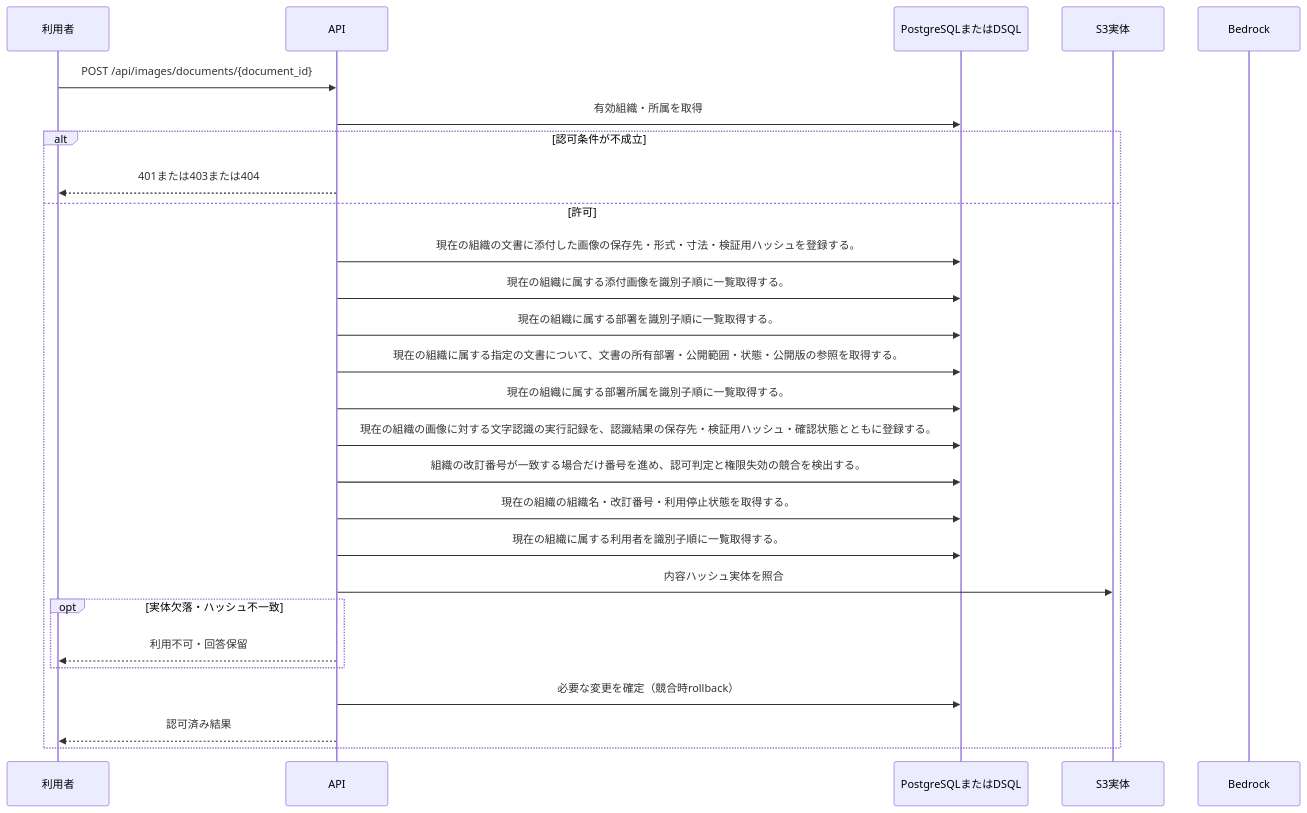
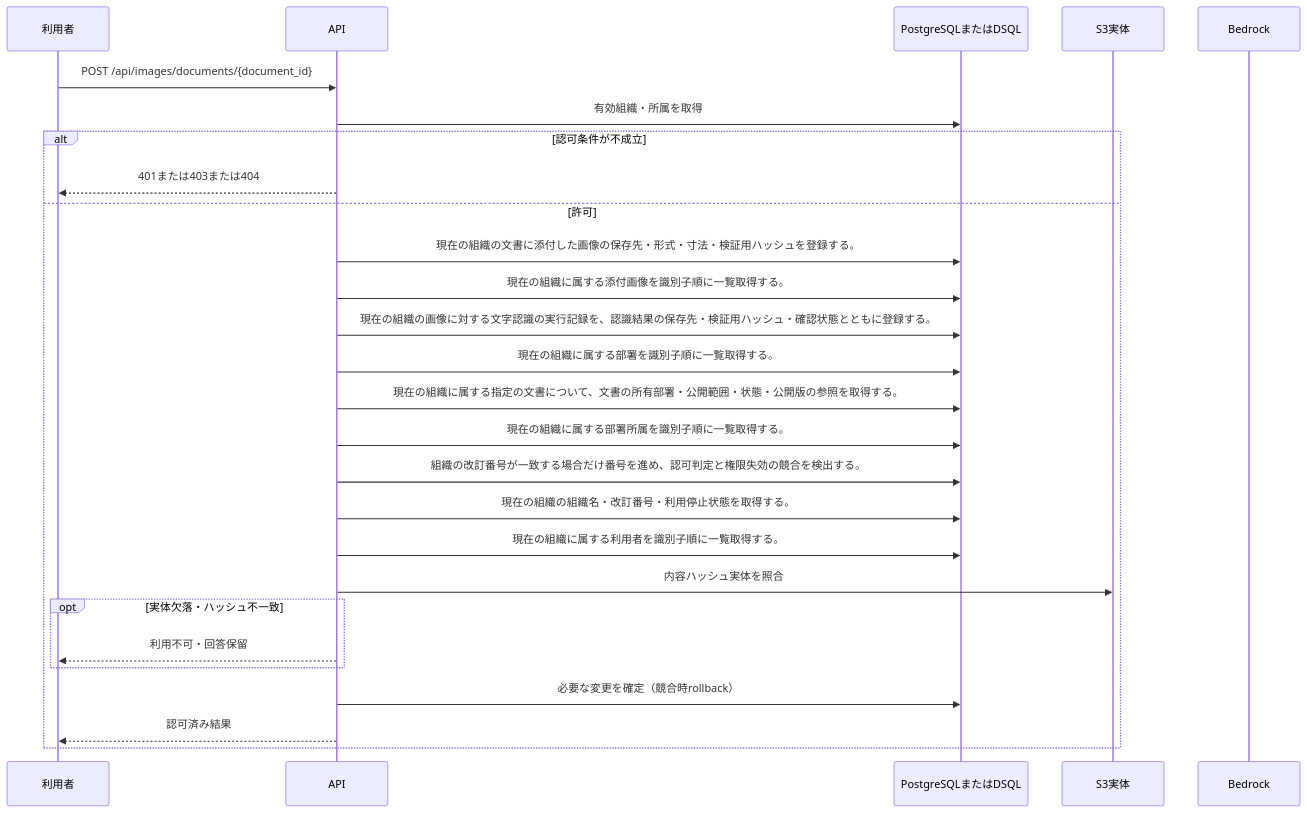
Before and after one commit to tsuji-tomonori/KotoRelay: the diagram in docs/design/generated/api/images/upload_image/sequence.md, drawn with Mermaid. The commit also changed other lines of this file and 628 other files, not shown here.

````diff
--- a/docs/design/generated/api/images/upload_image/sequence.md
+++ b/docs/design/generated/api/images/upload_image/sequence.md
@@ -7,29 +7,29 @@
 ```mermaid
 sequenceDiagram
     participant U as 利用者
     participant A as API
     participant D as PostgreSQLまたはDSQL
     participant S as S3実体
     participant M as Bedrock
     U->>A: POST /api/images/documents/{document_id}
     A->>D: 有効組織・所属を取得
     alt 認可条件が不成立
         A-->>U: 401または403または404
     else 許可
         A->>D: 現在の組織の文書に添付した画像の保存先・形式・寸法・検証用ハッシュを登録する。
         A->>D: 現在の組織に属する添付画像を識別子順に一覧取得する。
+        A->>D: 現在の組織の画像に対する文字認識の実行記録を、認識結果の保存先・検証用ハッシュ・確認状態とともに登録する。
         A->>D: 現在の組織に属する部署を識別子順に一覧取得する。
         A->>D: 現在の組織に属する指定の文書について、文書の所有部署・公開範囲・状態・公開版の参照を取得する。
         A->>D: 現在の組織に属する部署所属を識別子順に一覧取得する。
-        A->>D: 現在の組織の画像に対する文字認識の実行記録を、認識結果の保存先・検証用ハッシュ・確認状態とともに登録する。
         A->>D: 組織の改訂番号が一致する場合だけ番号を進め、認可判定と権限失効の競合を検出する。
         A->>D: 現在の組織の組織名・改訂番号・利用停止状態を取得する。
         A->>D: 現在の組織に属する利用者を識別子順に一覧取得する。
         A->>S: 内容ハッシュ実体を照合
         opt 実体欠落・ハッシュ不一致
             A-->>U: 利用不可・回答保留
         end
         A->>D: 必要な変更を確定（競合時rollback）
         A-->>U: 認可済み結果
     end
 ```
````
